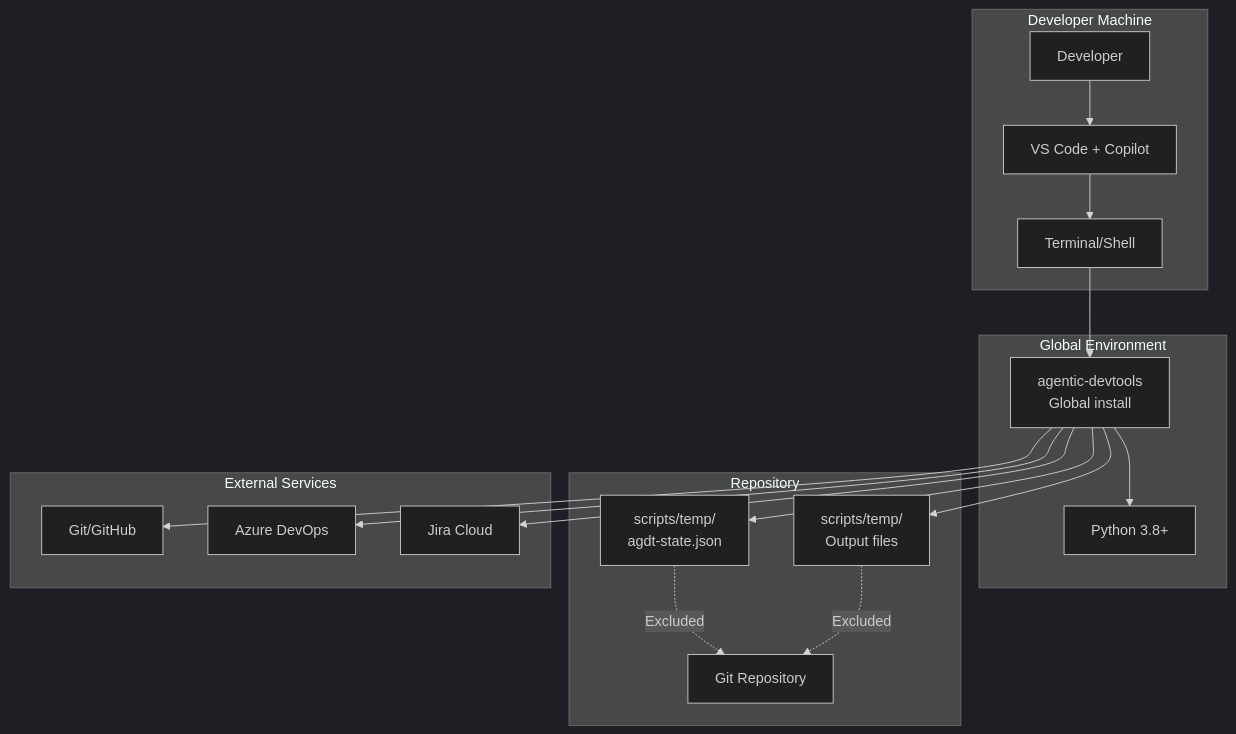
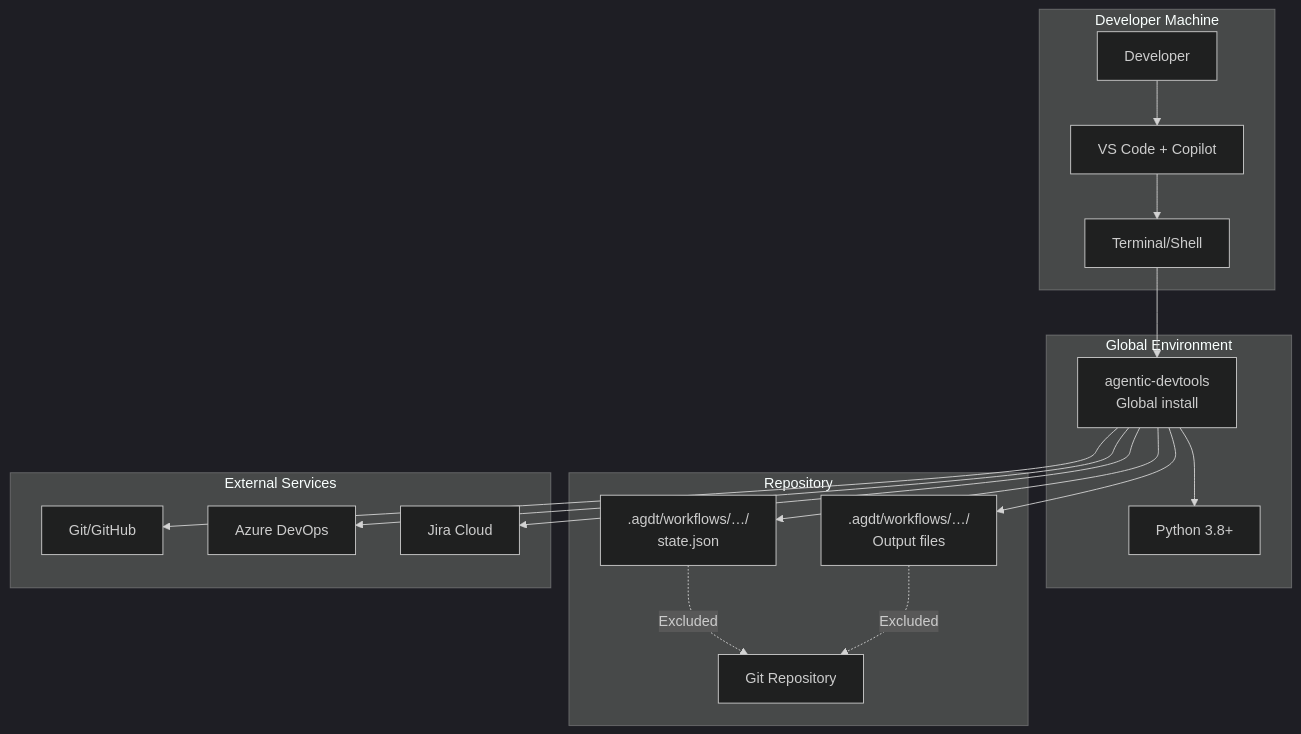
Before and after one commit to ayaiayorg/agentic-devtools: the second of 10 diagrams in docs/07-deployment-view.md, drawn with Mermaid (dark theme). The commit also changed other lines of this file and 31 other files, not shown here.

Commit message:
chore(#846): eliminate scripts/temp references from codebase and documentation

````diff
--- a/docs/07-deployment-view.md
+++ b/docs/07-deployment-view.md
@@ -31,38 +31,38 @@
 ```mermaid
 graph TB
     subgraph "Developer Machine"
         User[Developer]
         VSCode[VS Code + Copilot]
         Terminal[Terminal/Shell]
     end
     
     subgraph "Global Environment"
         Python[Python 3.8+]
         AgdtPkg[agentic-devtools<br/>Global install]
     end
     
     subgraph "Repository"
         Repo[Git Repository]
-        State[scripts/temp/<br/>agdt-state.json]
-        Temp[scripts/temp/<br/>Output files]
+        State[.agdt/workflows/…/<br/>state.json]
+        Temp[.agdt/workflows/…/<br/>Output files]
     end
     
     subgraph "External Services"
         Git[Git/GitHub]
         ADO[Azure DevOps]
         Jira[Jira Cloud]
     end
     
     User --> VSCode
     VSCode --> Terminal
     Terminal --> AgdtPkg
     AgdtPkg --> Python
     AgdtPkg --> State
     AgdtPkg --> Temp
     AgdtPkg --> Git
     AgdtPkg --> ADO
     AgdtPkg --> Jira
     
     State -.->|Excluded| Repo
     Temp -.->|Excluded| Repo
 ```
````
